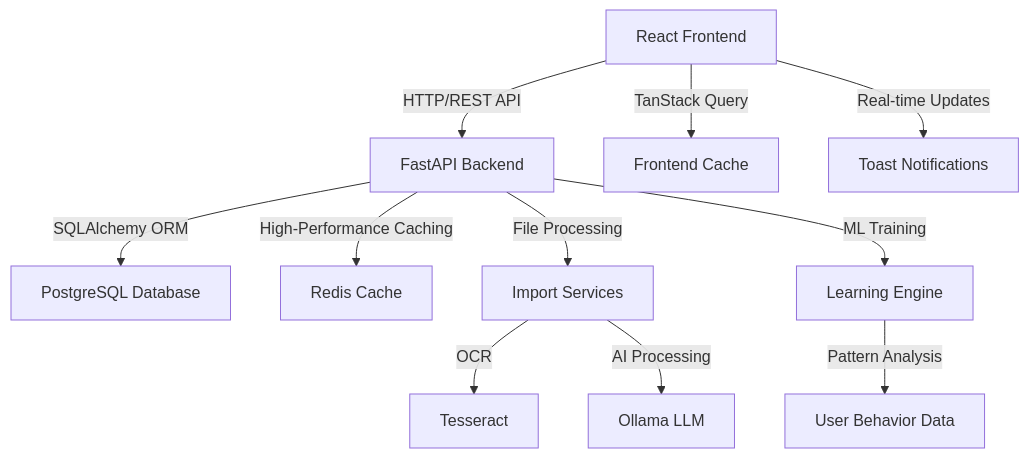
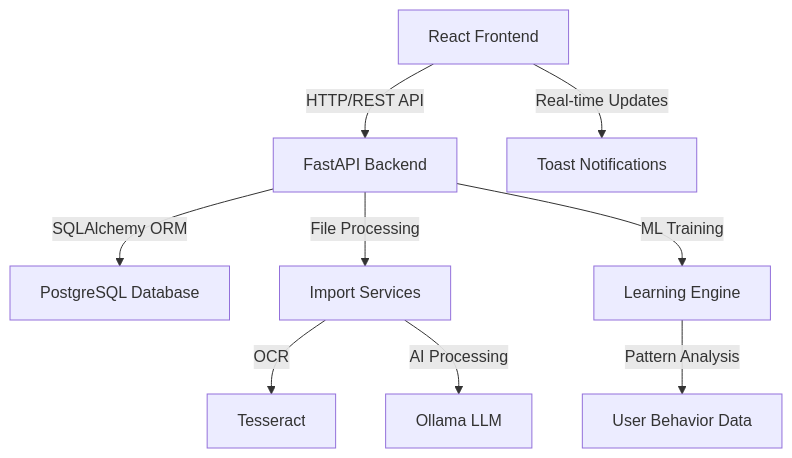
One commit to ninjashari/python-react-expense changed the diagram in README.md. Above: the diagram before and after it, drawn with Mermaid. The commit also changed other lines of this file and 6 other files, not shown here.

Commit message:
refactor: Remove Redis caching references and update documentation for improved clarity

````diff
--- a/README.md
+++ b/README.md
@@ -468,13 +438,11 @@
 ```mermaid
 graph TD
     A[React Frontend] -->|HTTP/REST API| B[FastAPI Backend]
     B -->|SQLAlchemy ORM| C[PostgreSQL Database]
-    B -->|High-Performance Caching| R[Redis Cache]
     B -->|File Processing| D[Import Services]
     D -->|OCR| E[Tesseract]
     D -->|AI Processing| F[Ollama LLM]
     B -->|ML Training| G[Learning Engine]
     G -->|Pattern Analysis| H[User Behavior Data]
-    A -->|TanStack Query| I[Frontend Cache]
     A -->|Real-time Updates| J[Toast Notifications]
 ```
````
